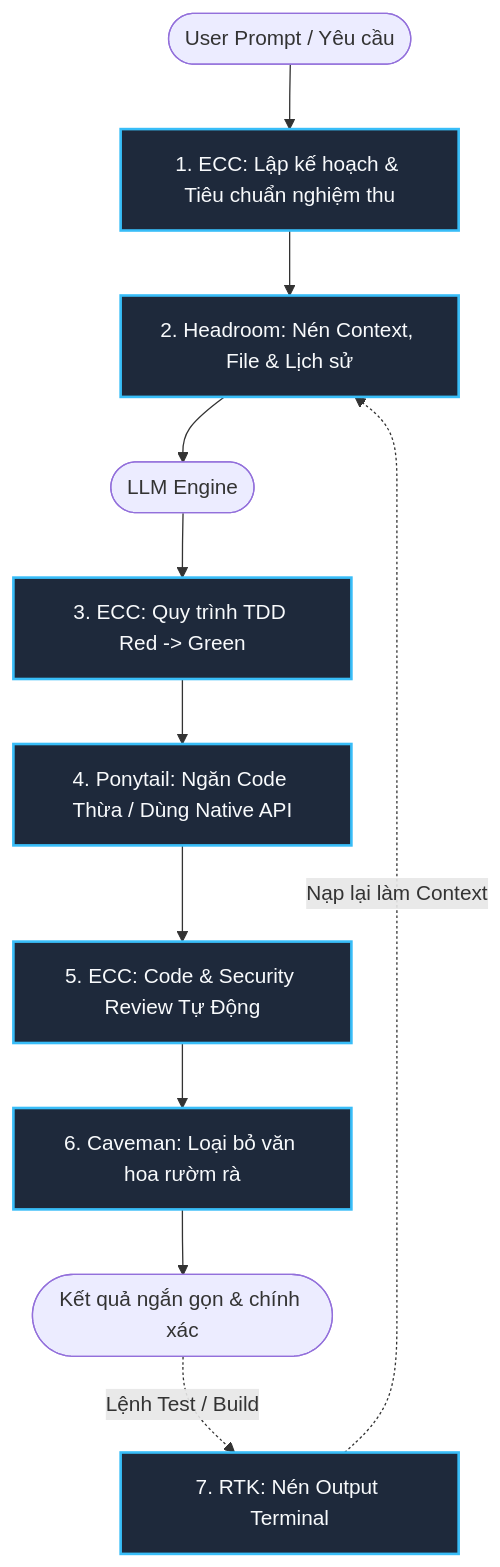
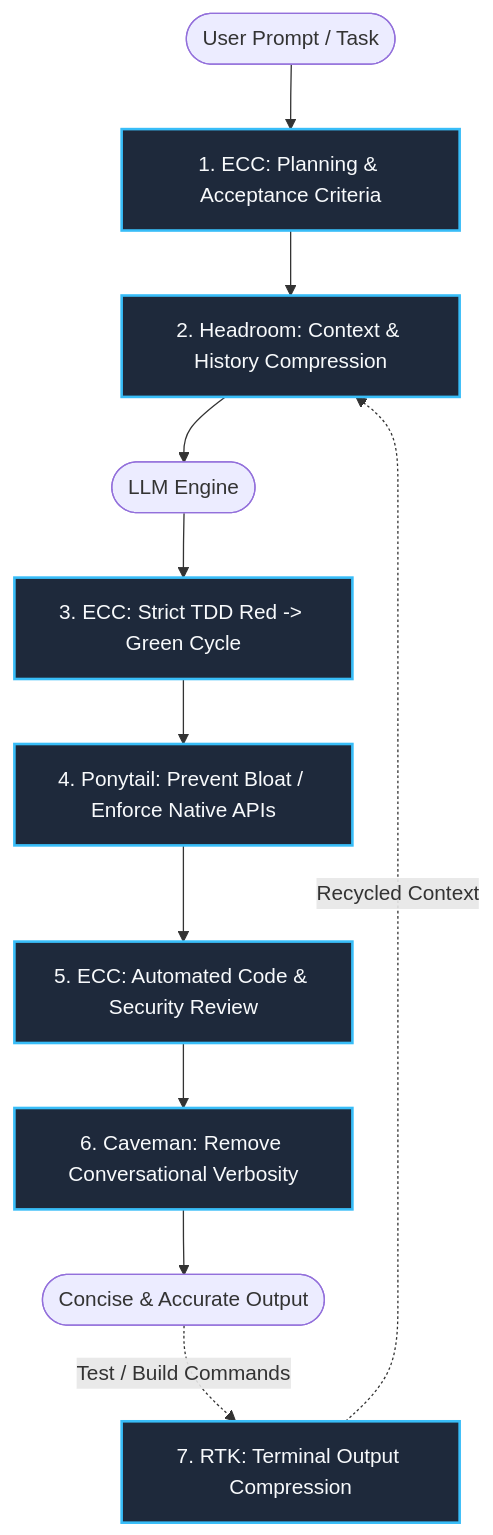
One commit to 161seconds/revision-document changed the second of 2 diagrams in README.md. Above: the diagram before and after it, drawn with Mermaid. The commit also changed other lines of this file and 3 other files, not shown here.

````diff
--- a/README.md
+++ b/README.md
@@ -202,16 +202,16 @@
 ```mermaid
 flowchart TD
-    User([User Prompt / Yêu cầu]) --> ECC_Plan[1. ECC: Lập kế hoạch & Tiêu chuẩn nghiệm thu]
-    ECC_Plan --> Headroom[2. Headroom: Nén Context, File & Lịch sử]
+    User([User Prompt / Task]) --> ECC_Plan[1. ECC: Planning & Acceptance Criteria]
+    ECC_Plan --> Headroom[2. Headroom: Context & History Compression]
     Headroom --> LLM([LLM Engine])
-    LLM --> ECC_TDD[3. ECC: Quy trình TDD Red -> Green]
-    ECC_TDD --> Ponytail[4. Ponytail: Ngăn Code Thừa / Dùng Native API]
-    Ponytail --> ECC_Review[5. ECC: Code & Security Review Tự Động]
-    ECC_Review --> Caveman[6. Caveman: Loại bỏ văn hoa rườm rà]
-    Caveman --> Response([Kết quả ngắn gọn & chính xác])
-    Response -. Lệnh Test / Build .-> RTK[7. RTK: Nén Output Terminal]
-    RTK -. Nạp lại làm Context .-> Headroom
+    LLM --> ECC_TDD[3. ECC: Strict TDD Red -> Green Cycle]
+    ECC_TDD --> Ponytail[4. Ponytail: Prevent Bloat / Enforce Native APIs]
+    Ponytail --> ECC_Review[5. ECC: Automated Code & Security Review]
+    ECC_Review --> Caveman[6. Caveman: Remove Conversational Verbosity]
+    Caveman --> Response([Concise & Accurate Output])
+    Response -. Test / Build Commands .-> RTK[7. RTK: Terminal Output Compression]
+    RTK -. Recycled Context .-> Headroom
 
     classDef tool fill:#1e293b,stroke:#38bdf8,stroke-width:2px,color:#f8fafc;
     class ECC_Plan,Headroom,ECC_TDD,Ponytail,ECC_Review,Caveman,RTK tool;
 ```
````
